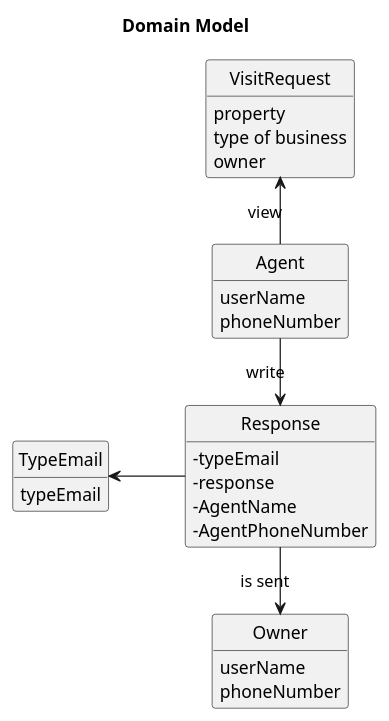
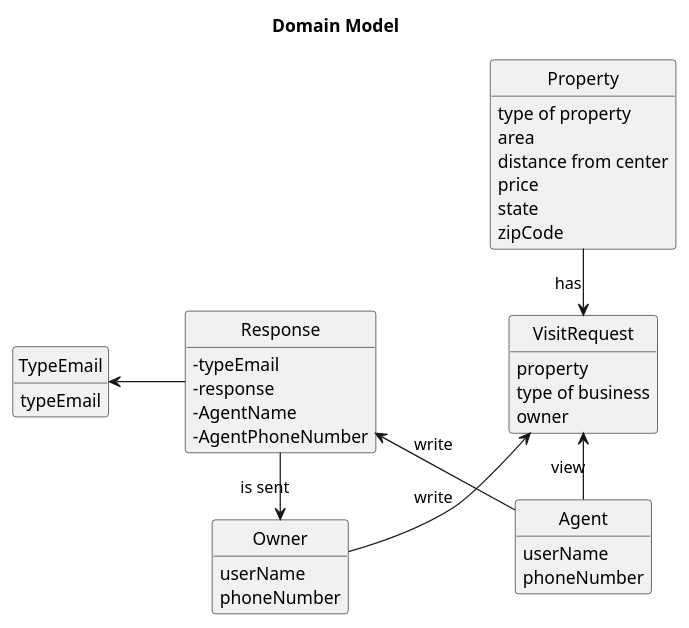
Before and after one commit to Rodrick0209/ISEP-LAPR2-22-23: the diagram in docs/Sprint-D/US016/02.analysis/puml/us016-domain-model.puml, drawn with PlantUML. The commit also changed 48 other files, not shown here.

```diff
--- a/docs/Sprint-D/US016/02.analysis/puml/us016-domain-model.puml
+++ b/docs/Sprint-D/US016/02.analysis/puml/us016-domain-model.puml
@@ -1,47 +1,59 @@
 @startuml
 skinparam monochrome true
 skinparam packageStyle rectangle
 skinparam shadowing false
 
 left to right direction
 
 skinparam classAttributeIconSize 0
 
 hide circle
 hide methods
 
 title Domain Model
 
 
 class Agent{
     userName
     phoneNumber
 }
+
+class Property{
+       type of property
+       area
+       distance from center
+       price
+       state
+       zipCode
+}
+
 
 class VisitRequest{
     property
     type of business
     owner
 }
 
 class Owner{
     userName
     phoneNumber
 }
 
 class Response {
     -typeEmail
     -response
     -AgentName
     -AgentPhoneNumber
 }
 
 class TypeEmail{
     typeEmail
 }
 
 Agent -l-> VisitRequest :  view
 Agent -> Response : write
 Response -> Owner : is sent
 Response -u-> TypeEmail
+Property -> VisitRequest : has
+Owner -d-> VisitRequest : write
 @enduml
```
